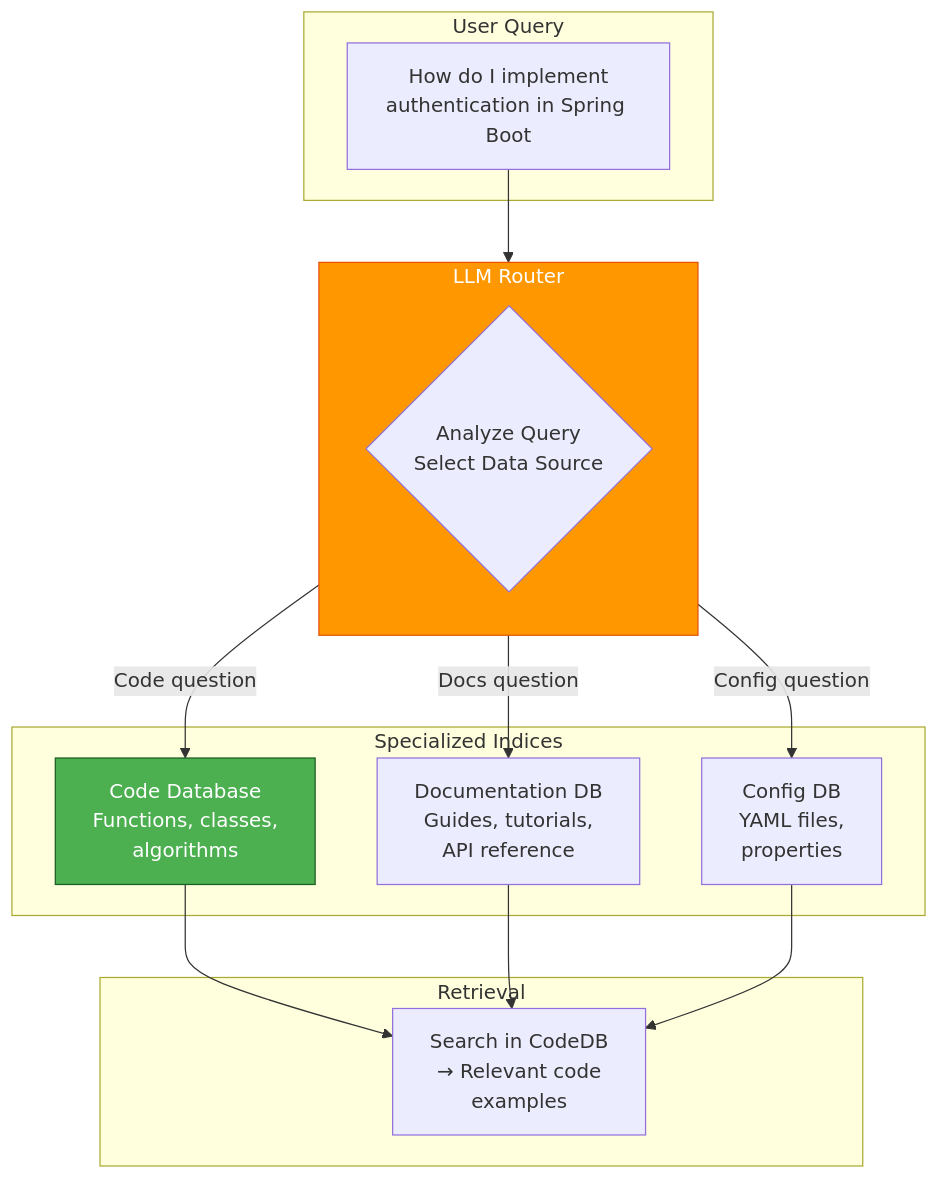
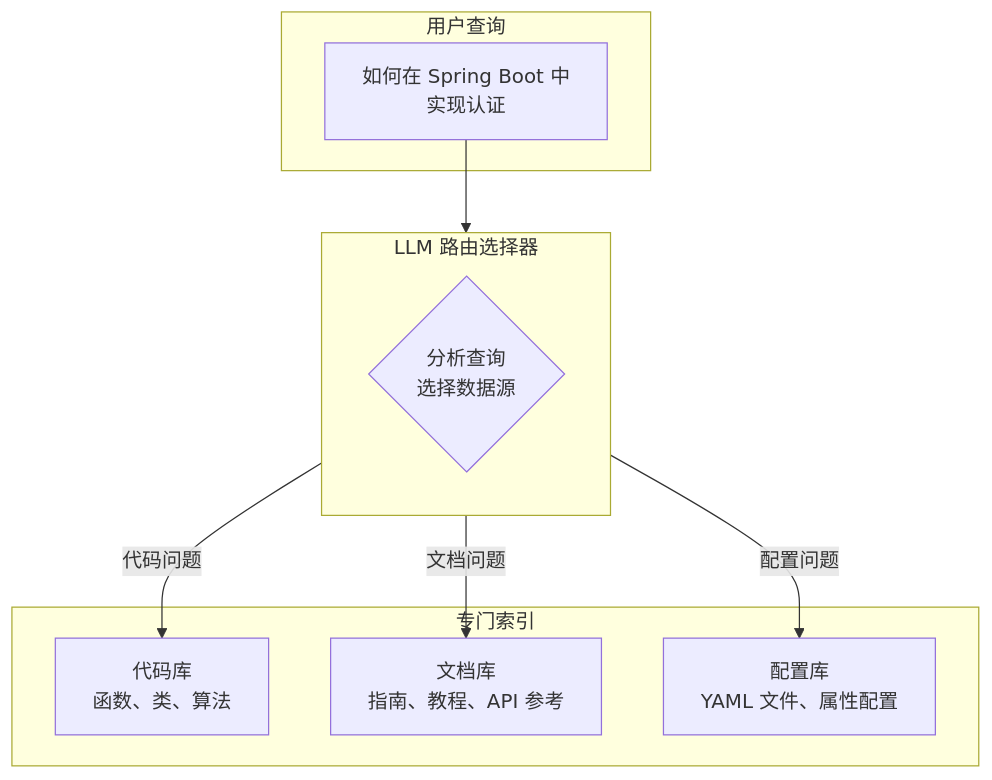
One commit to YiWang24/AiDIY changed the eighth of 10 diagrams in i18n/zh-Hans/docusaurus-plugin-content-docs/current/ai/rag/04-retrieval.mdx. Above: the diagram before and after it, drawn with Mermaid. The commit also changed other lines of this file and 59 other files, not shown here.

````diff
--- a/i18n/zh-Hans/docusaurus-plugin-content-docs/current/ai/rag/04-retrieval.mdx
+++ b/i18n/zh-Hans/docusaurus-plugin-content-docs/current/ai/rag/04-retrieval.mdx
@@ -774,32 +385,21 @@
 ```mermaid
 flowchart TB
-    subgraph Input["User Query"]
-        Q["How do I implement<br/>authentication in Spring Boot"]
+    subgraph Input["用户查询"]
+        Q["如何在 Spring Boot 中<br/>实现认证"]
     end
 
-    subgraph Router["LLM Router"]
-        R{Analyze Query<br/>Select Data Source}
+    subgraph Router["LLM 路由选择器"]
+        R{分析查询<br/>选择数据源}
     end
 
-    subgraph Sources["Specialized Indices"]
-        CodeDB["Code Database<br/>Functions, classes,<br/>algorithms"]
-        DocsDB["Documentation DB<br/>Guides, tutorials,<br/>API reference"]
-        ConfigDB["Config DB<br/>YAML files,<br/>properties"]
-    end
-
-    subgraph Output["Retrieval"]
-        Ret["Search in CodeDB<br/>→ Relevant code<br/>examples"]
+    subgraph Sources["专门索引"]
+        CodeDB["代码库<br/>函数、类、算法"]
+        DocsDB["文档库<br/>指南、教程、API 参考"]
+        ConfigDB["配置库<br/>YAML 文件、属性配置"]
     end
 
     Q --> Router
-    Router -->|Code question| CodeDB
-    Router -->|Docs question| DocsDB
-    Router -->|Config question| ConfigDB
-
-    CodeDB --> Ret
-    DocsDB --> Ret
-    ConfigDB --> Ret
-
-    style Router fill:#ff9800,stroke:#e65100,color:#fff
-    style CodeDB fill:#4caf50,stroke:#1b5e20,color:#fff
+    Router -->|代码问题| CodeDB
+    Router -->|文档问题| DocsDB
+    Router -->|配置问题| ConfigDB
 ```
````
